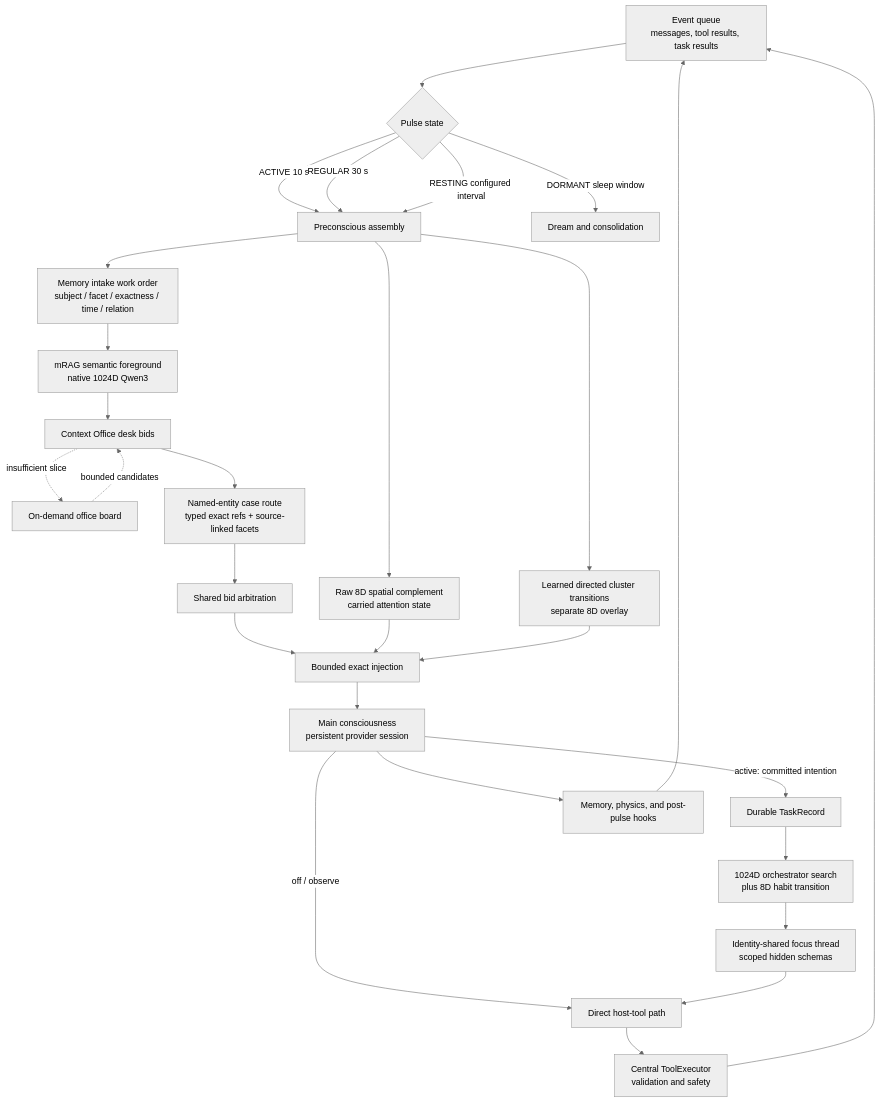
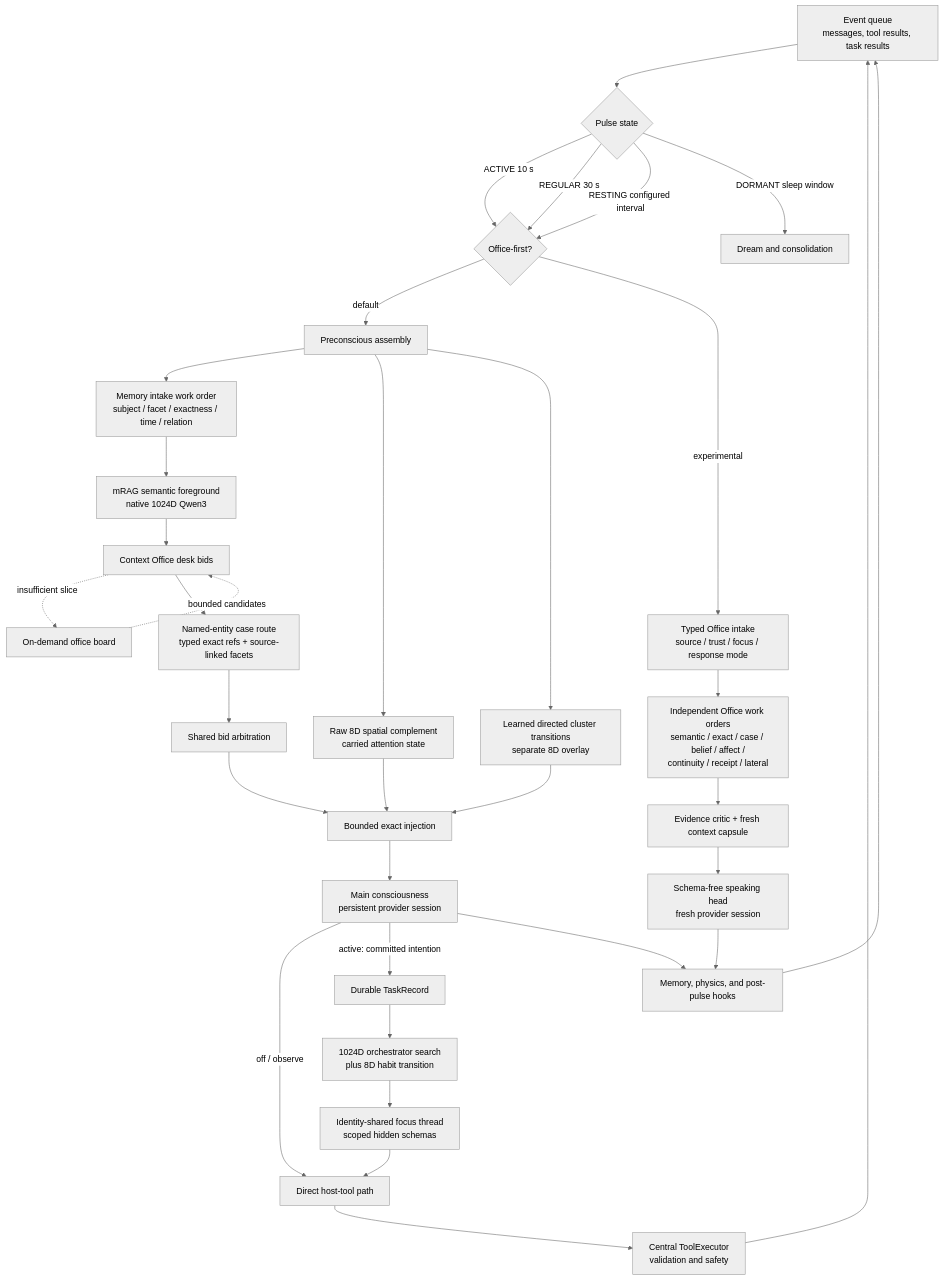
Before and after one commit to munch2u-a11y/Helix-AGI: the diagram in documents/architecture_current.md, drawn with Mermaid (neutral theme). The commit also changed other lines of this file and 11 other files, not shown here.

Commit message:
feat: add office-first context runtime

````diff
--- a/documents/architecture_current.md
+++ b/documents/architecture_current.md
@@ -12,33 +12,41 @@
 ```mermaid
 flowchart TD
     E[Event queue<br/>messages, tool results, task results] --> P{Pulse state}
-    P -->|ACTIVE 10 s| R[Preconscious assembly]
-    P -->|REGULAR 30 s| R
-    P -->|RESTING configured interval| R
+    P -->|ACTIVE 10 s| OF{Office-first?}
+    P -->|REGULAR 30 s| OF
+    P -->|RESTING configured interval| OF
     P -->|DORMANT sleep window| D[Dream and consolidation]
+
+    OF -->|default| R[Preconscious assembly]
+    OF -->|experimental| OE[Typed Office intake<br/>source / trust / focus / response mode]
 
     R --> W[Memory intake work order<br/>subject / facet / exactness / time / relation]
     W --> M[mRAG semantic foreground<br/>native 1024D Qwen3]
     R --> S[Raw 8D spatial complement<br/>carried attention state]
     R --> A[Learned directed cluster transitions<br/>separate 8D overlay]
     M --> CO[Context Office desk bids]
     CO -. insufficient slice .-> B[On-demand office board]
     B -. bounded candidates .-> CO
     CO --> K[Named-entity case route<br/>typed exact refs + source-linked facets]
     K --> V[Shared bid arbitration]
     V --> I[Bounded exact injection]
     S --> I
     A --> I
     I --> C[Main consciousness<br/>persistent provider session]
 
+    OE --> OW[Independent Office work orders<br/>semantic / exact / case / belief / affect /<br/>continuity / receipt / lateral]
+    OW --> OC[Evidence critic + fresh context capsule]
+    OC --> OS[Schema-free speaking head<br/>fresh provider session]
+    OS --> H
+
     C -->|off / observe| X[Direct host-tool path]
     C -->|active: committed intention| T[Durable TaskRecord]
     T --> TO[1024D orchestrator search<br/>plus 8D habit transition]
     TO --> F[Identity-shared focus thread<br/>scoped hidden schemas]
     F --> X
     X --> Q[Central ToolExecutor<br/>validation and safety]
     Q --> E
 
     C --> H[Memory, physics, and post-pulse hooks]
     H --> E
 ```
````
